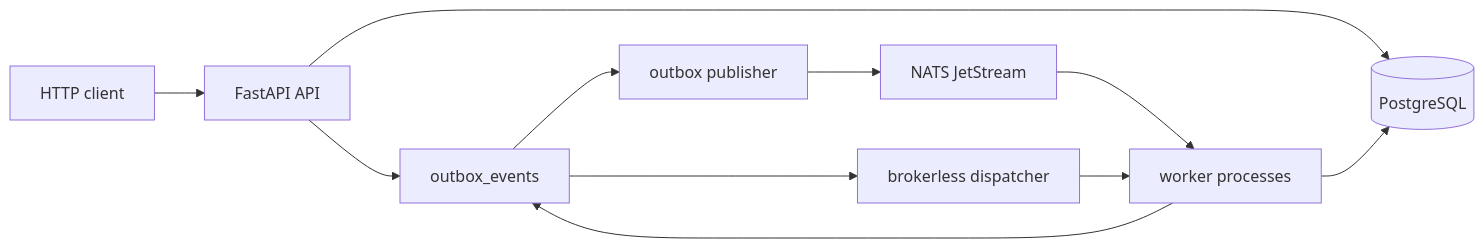
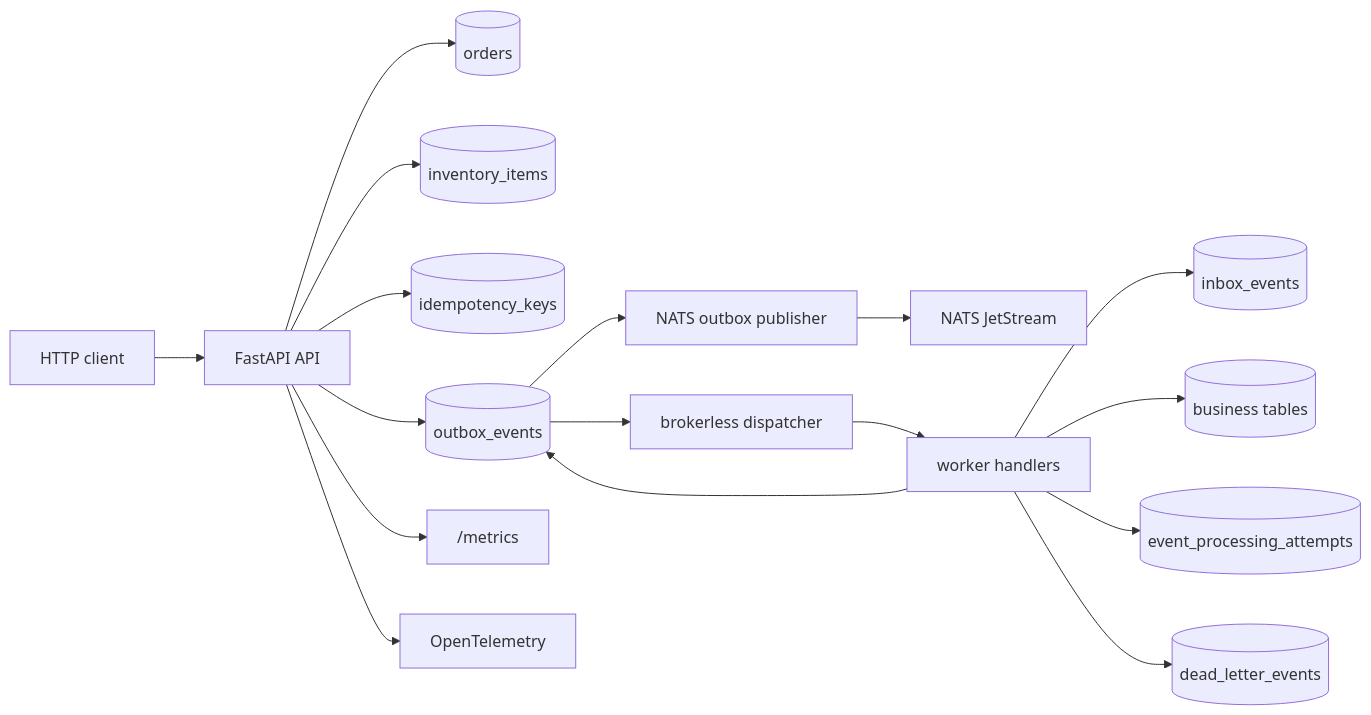
One commit to almas-alright/event-cart changed the first of 8 diagrams in README.md. Above: the diagram before and after it, drawn with Mermaid. The commit also changed other lines of this file, not shown here.

Commit message:
docs: add public showcase readme and architecture guide

````diff
--- a/README.md
+++ b/README.md
@@ -25,13 +76,24 @@
 ```mermaid
 flowchart LR
     Client["HTTP client"] --> API["FastAPI API"]
-    API --> DB[("PostgreSQL")]
-    API --> Outbox["outbox_events"]
-    Outbox --> Publisher["outbox publisher"]
+
+    API --> Orders[("orders")]
+    API --> Inventory[("inventory_items")]
+    API --> Idempotency[("idempotency_keys")]
+    API --> Outbox[("outbox_events")]
+
+    Outbox --> Publisher["NATS outbox publisher"]
     Publisher --> NATS["NATS JetStream"]
-    NATS --> Workers["worker processes"]
+
     Outbox --> Dispatcher["brokerless dispatcher"]
-    Dispatcher --> Workers
-    Workers --> DB
-    Workers --> Outbox
+    Dispatcher --> Handlers["worker handlers"]
+
+    Handlers --> Inbox[("inbox_events")]
+    Handlers --> Domain[("business tables")]
+    Handlers --> Attempts[("event_processing_attempts")]
+    Handlers --> DeadLetter[("dead_letter_events")]
+    Handlers --> Outbox
+
+    API --> Metrics["/metrics"]
+    API --> Traces["OpenTelemetry"]
 ```
````
